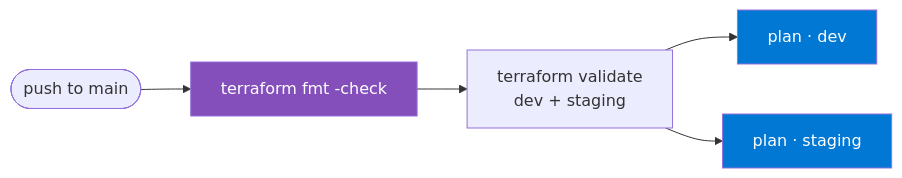
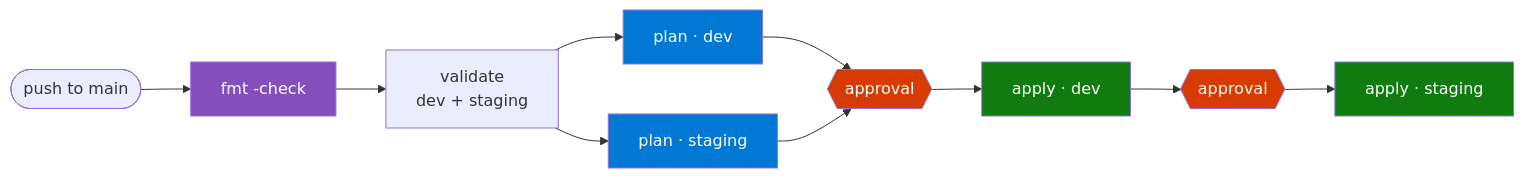
Before and after one commit to Ashrokss/Enterprise-Aks-Platform: the third of 6 diagrams in README.md, drawn with Mermaid. The commit also changed other lines of this file, not shown here.

Commit message:
Document the destroy pipeline and gated apply

````diff
--- a/README.md
+++ b/README.md
@@ -263,11 +264,20 @@
 ```mermaid
 flowchart LR
-    PUSH([push to main]) --> FMT[terraform fmt -check]
-    FMT --> VAL[terraform validate<br/>dev + staging]
+    PUSH([push to main]) --> FMT[fmt -check]
+    FMT --> VAL[validate<br/>dev + staging]
     VAL --> PD[plan · dev]
     VAL --> PS[plan · staging]
+    PD --> G1{{approval}}
+    PS --> G1
+    G1 --> AD[apply · dev]
+    AD --> G2{{approval}}
+    G2 --> AS[apply · staging]
 
     style FMT fill:#844FBA,color:#fff
     style PD fill:#0078D4,color:#fff
     style PS fill:#0078D4,color:#fff
+    style G1 fill:#D83B01,color:#fff
+    style G2 fill:#D83B01,color:#fff
+    style AD fill:#107C10,color:#fff
+    style AS fill:#107C10,color:#fff
 ```
````
